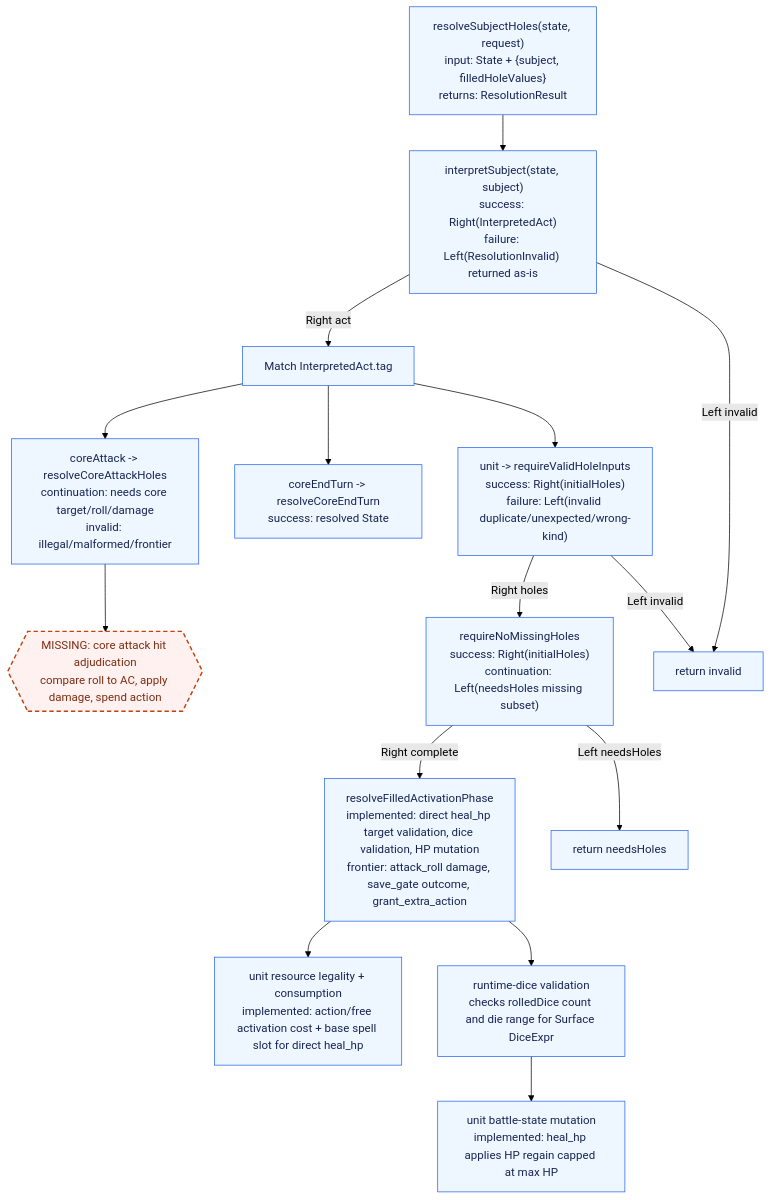
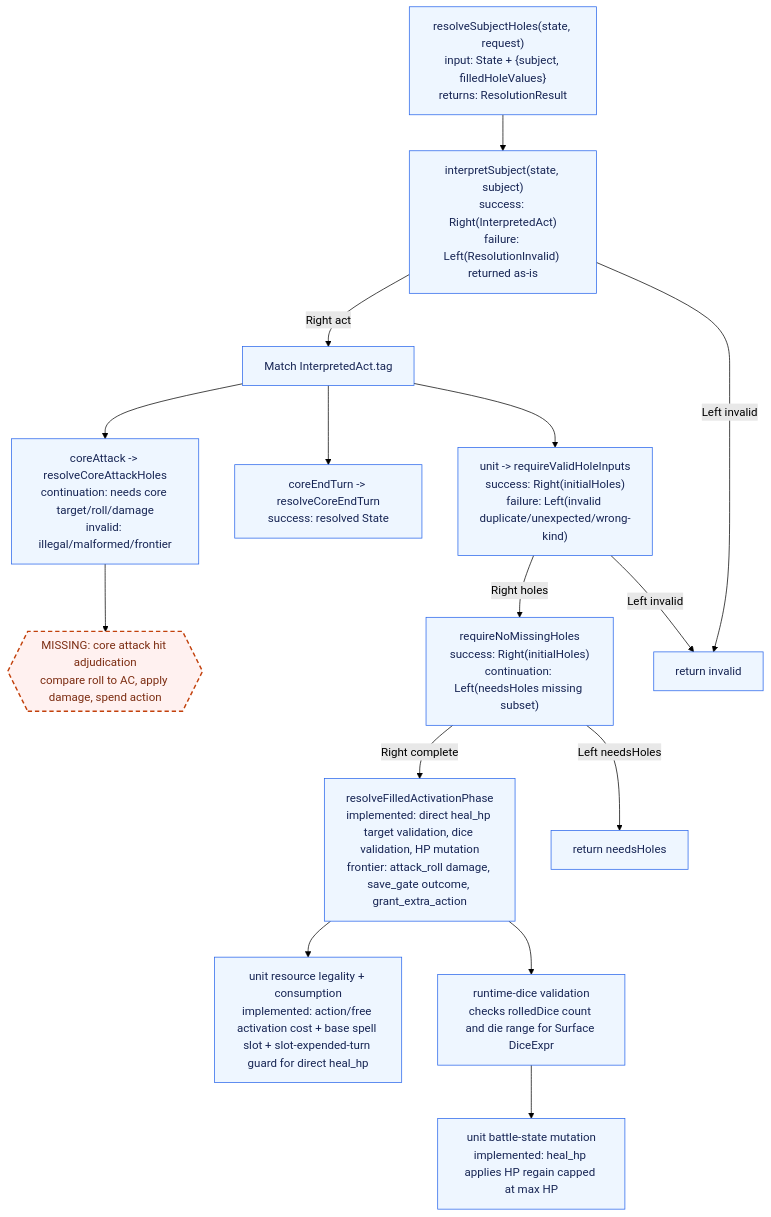
Before and after one commit to dearlordylord/5e-quint: the fourth of 7 diagrams in packages/surface-runtime-correction/ARCHITECTURE_GRAPH.md, drawn with Mermaid (forest theme). The commit also changed other lines of this file and 3 other files, not shown here.

Commit message:
Fix unit resource legality protocol

````diff
--- a/packages/surface-runtime-correction/ARCHITECTURE_GRAPH.md
+++ b/packages/surface-runtime-correction/ARCHITECTURE_GRAPH.md
@@ -143,34 +143,34 @@
 ```mermaid
 flowchart TD
   Resolve["resolveSubjectHoles(state, request)<br/>input: State + {subject, filledHoleValues}<br/>returns: ResolutionResult"]
   Interpret["interpretSubject(state, subject)<br/>success: Right(InterpretedAct)<br/>failure: Left(ResolutionInvalid) returned as-is"]
   Match["Match InterpretedAct.tag"]
 
   CoreAttackResolve["coreAttack -> resolveCoreAttackHoles<br/>continuation: needs core target/roll/damage<br/>invalid: illegal/malformed/frontier"]
   CoreAttackFrontier{{"MISSING: core attack hit adjudication<br/>compare roll to AC, apply damage, spend action"}}
   EndTurnResolve["coreEndTurn -> resolveCoreEndTurn<br/>success: resolved State"]
   ValidInputs["unit -> requireValidHoleInputs<br/>success: Right(initialHoles)<br/>failure: Left(invalid duplicate/unexpected/wrong-kind)"]
   Missing["requireNoMissingHoles<br/>success: Right(initialHoles)<br/>continuation: Left(needsHoles missing subset)"]
   PhaseExec["resolveFilledActivationPhase<br/>implemented: direct heal_hp target validation, dice validation, HP mutation<br/>frontier: attack_roll damage, save_gate outcome, grant_extra_action"]
-  UnitResource["unit resource legality + consumption<br/>implemented: action/free activation cost + base spell slot for direct heal_hp"]
+  UnitResource["unit resource legality + consumption<br/>implemented: action/free activation cost + base spell slot + slot-expended-turn guard for direct heal_hp"]
   UnitMutation["unit battle-state mutation<br/>implemented: heal_hp applies HP regain capped at max HP"]
   RuntimeDice["runtime-dice validation<br/>checks rolledDice count and die range for Surface DiceExpr"]
 
   Resolve --> Interpret
   Interpret -->|Left invalid| Invalid["return invalid"]
   Interpret -->|Right act| Match
   Match --> CoreAttackResolve --> CoreAttackFrontier
   Match --> EndTurnResolve
   Match --> ValidInputs
   ValidInputs -->|Left invalid| Invalid
   ValidInputs -->|Right holes| Missing
   Missing -->|Left needsHoles| Needs["return needsHoles"]
   Missing -->|Right complete| PhaseExec
   PhaseExec --> RuntimeDice --> UnitMutation
   PhaseExec --> UnitResource
 
   classDef missing fill:#fff1f0,stroke:#c2410c,stroke-width:2px,stroke-dasharray: 6 4,color:#7c2d12;
   classDef implemented fill:#eef6ff,stroke:#2563eb,color:#172554;
   class CoreAttackFrontier missing;
   class Resolve,Interpret,Match,CoreAttackResolve,EndTurnResolve,ValidInputs,Missing,PhaseExec,RuntimeDice,UnitResource,UnitMutation,Invalid,Needs implemented;
 ```
````
